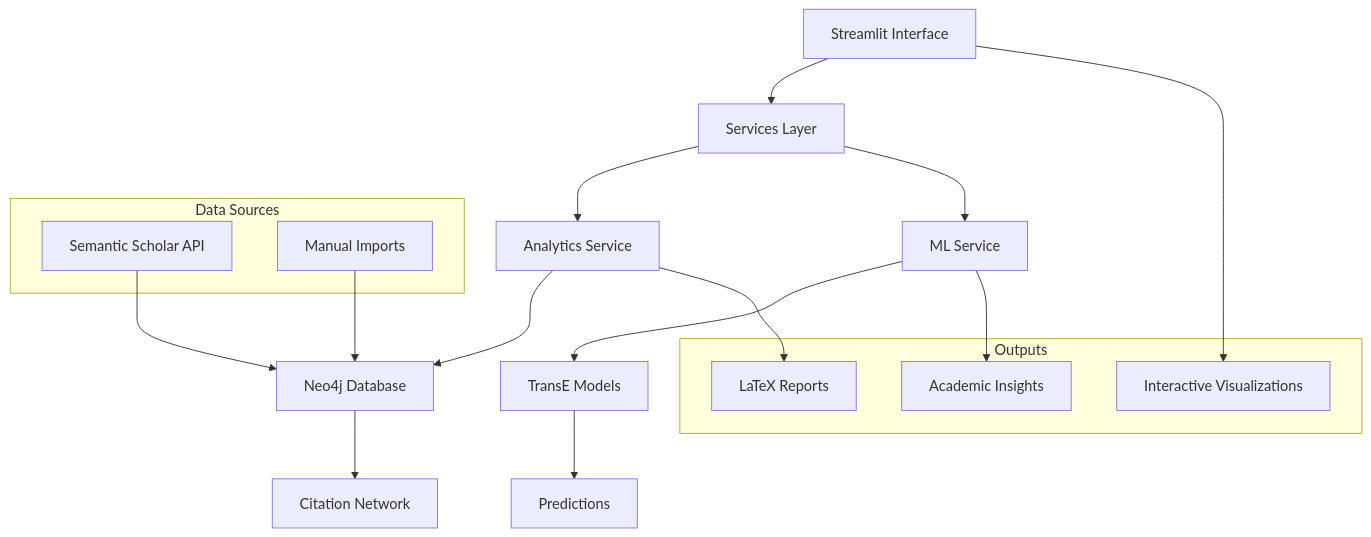
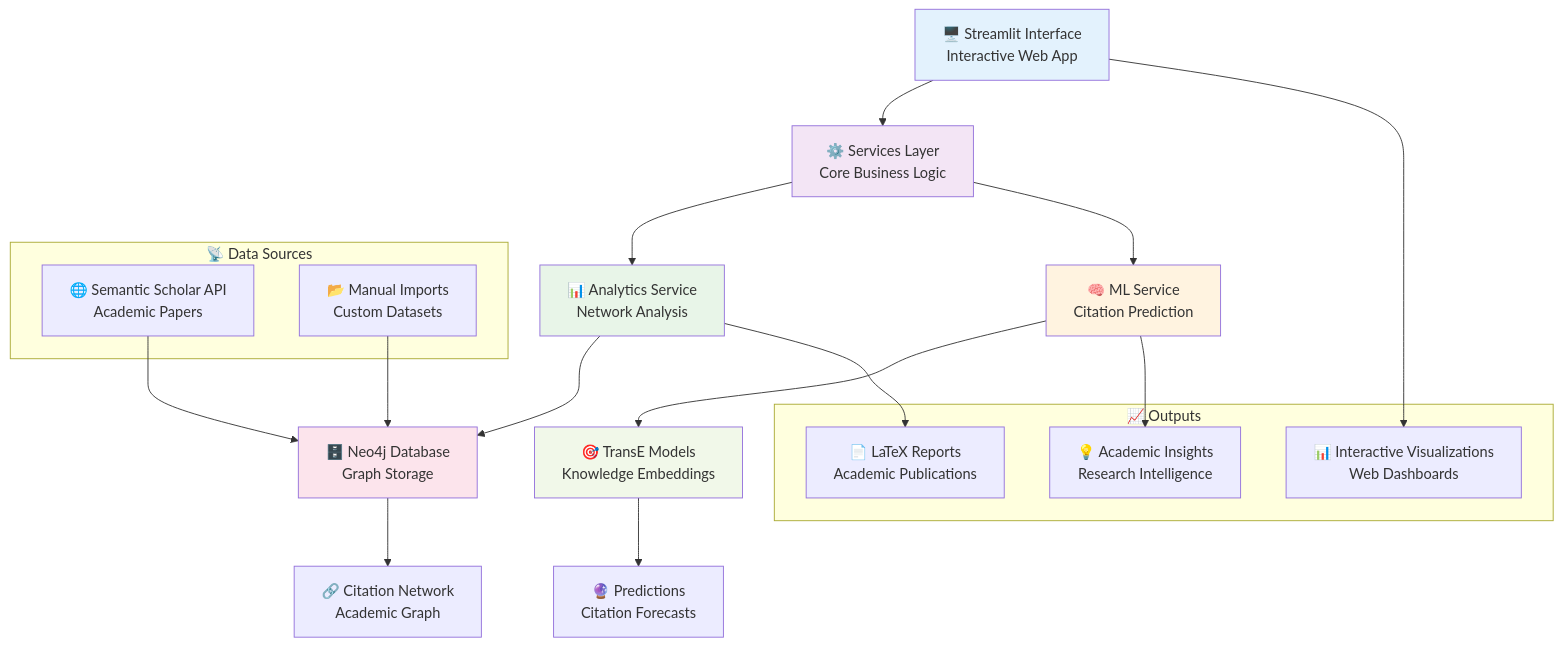
The first of 5 diagrams in docs/index.md (dagny099/citation-compass), drawn with Mermaid before and after one commit. The commit also changed other lines of this file and 9 other files, not shown here.

````diff
--- a/docs/index.md
+++ b/docs/index.md
@@ -160,28 +173,35 @@
 ```mermaid
 graph TB
-    A[Streamlit Interface] --> B[Services Layer]
-    B --> C[Analytics Service]
-    B --> D[ML Service]
-    C --> E[Neo4j Database]
-    D --> F[TransE Models]
-    E --> G[Citation Network]
-    F --> H[Predictions]
+    A["🖥️ Streamlit Interface<br/>Interactive Web App"] --> B["⚙️ Services Layer<br/>Core Business Logic"]
+    B --> C["📊 Analytics Service<br/>Network Analysis"]
+    B --> D["🧠 ML Service<br/>Citation Prediction"]
+    C --> E["🗄️ Neo4j Database<br/>Graph Storage"]
+    D --> F["🎯 TransE Models<br/>Knowledge Embeddings"]
+    E --> G["🔗 Citation Network<br/>Academic Graph"]
+    F --> H["🔮 Predictions<br/>Citation Forecasts"]
     
-    subgraph "Data Sources"
-        I[Semantic Scholar API]
-        J[Manual Imports]
+    subgraph "📡 Data Sources"
+        I["🌐 Semantic Scholar API<br/>Academic Papers"]
+        J["📂 Manual Imports<br/>Custom Datasets"]
     end
     
     I --> E
     J --> E
     
-    subgraph "Outputs"
-        K[Interactive Visualizations]
-        L[LaTeX Reports]
-        M[Academic Insights]
+    subgraph "📈 Outputs"
+        K["📊 Interactive Visualizations<br/>Web Dashboards"]
+        L["📄 LaTeX Reports<br/>Academic Publications"]
+        M["💡 Academic Insights<br/>Research Intelligence"]
     end
     
     A --> K
     C --> L
     D --> M
+    
+    style A fill:#e3f2fd
+    style B fill:#f3e5f5
+    style C fill:#e8f5e8
+    style D fill:#fff3e0
+    style E fill:#fce4ec
+    style F fill:#f1f8e9
 ```
````
